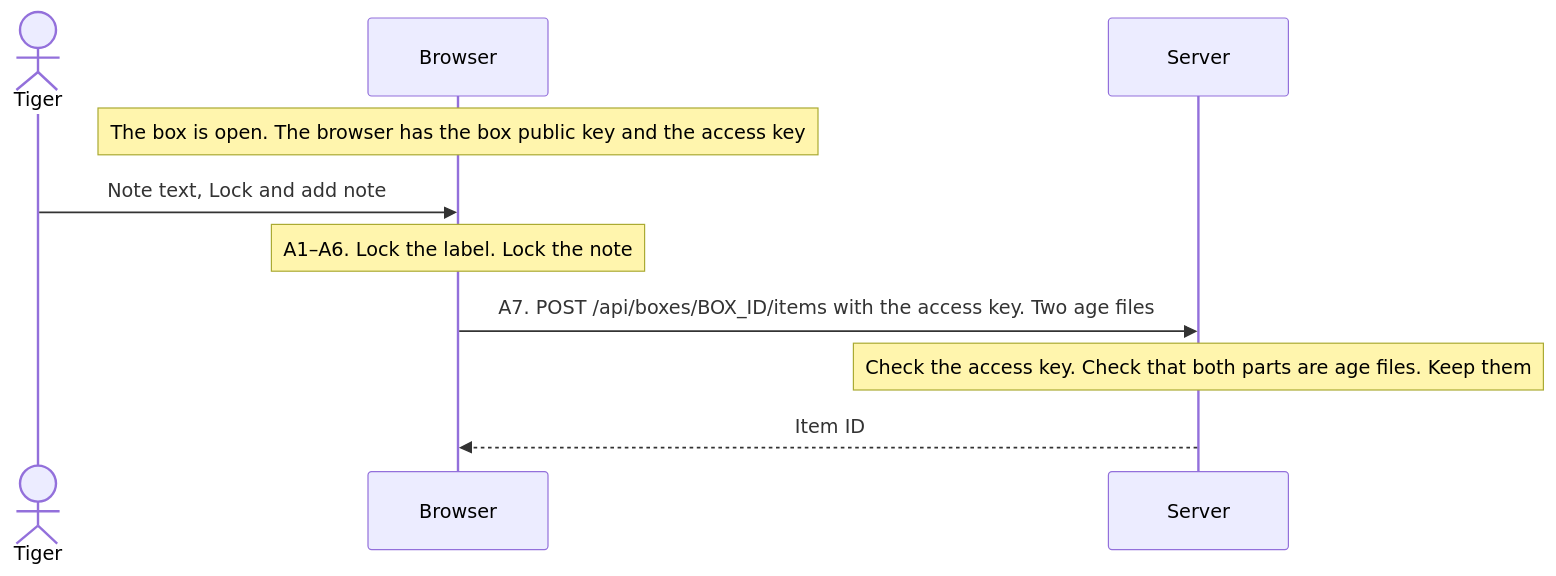
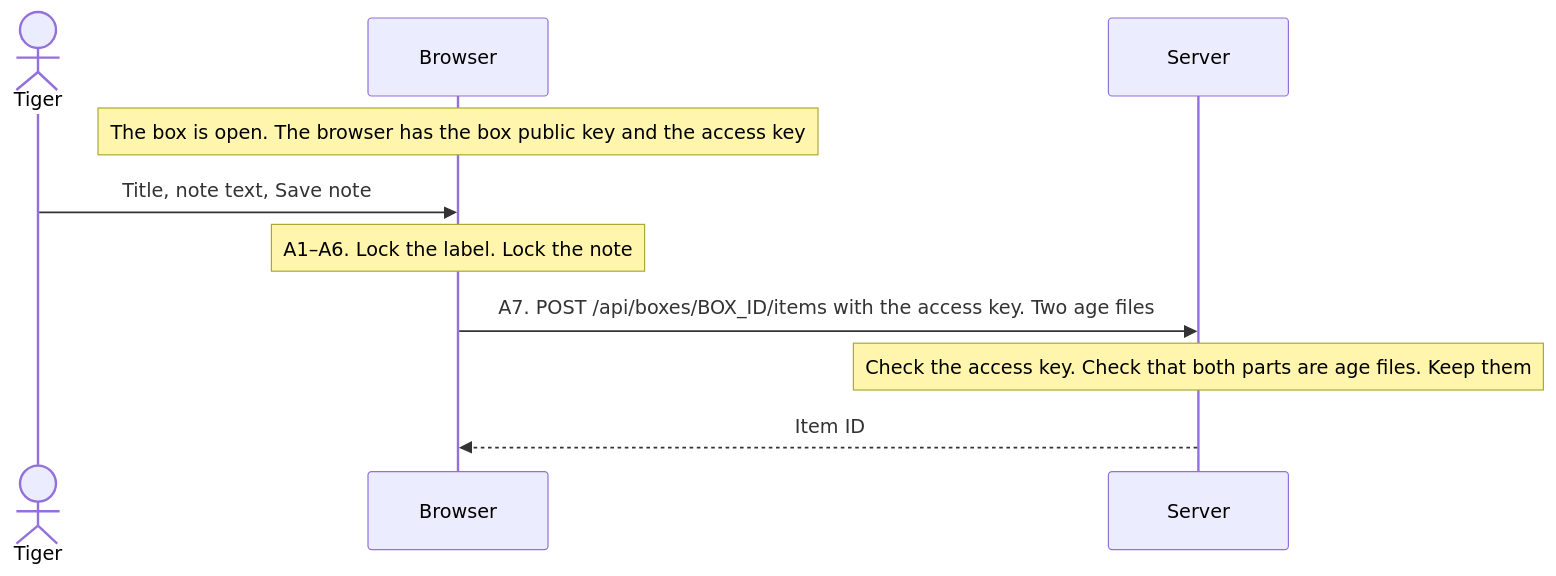
One commit to intaniger/secretbox changed the first of 3 diagrams in docs/03-add-item.md. Above: the diagram before and after it, drawn with Mermaid. The commit also changed other lines of this file and 7 other files, not shown here.

````diff
--- a/docs/03-add-item.md
+++ b/docs/03-add-item.md
@@ -37,12 +39,12 @@
 ```mermaid
 sequenceDiagram
   actor T as Tiger
   participant B as Browser
   participant S as Server
   Note over B: The box is open. The browser has the box public key and the access key
-  T->>B: Note text, Lock and add note
+  T->>B: Title, note text, Save note
   Note over B: A1–A6. Lock the label. Lock the note
   B->>S: A7. POST /api/boxes/BOX_ID/items with the access key. Two age files
   Note over S: Check the access key. Check that both parts are age files. Keep them
   S-->>B: Item ID
 ```
````
